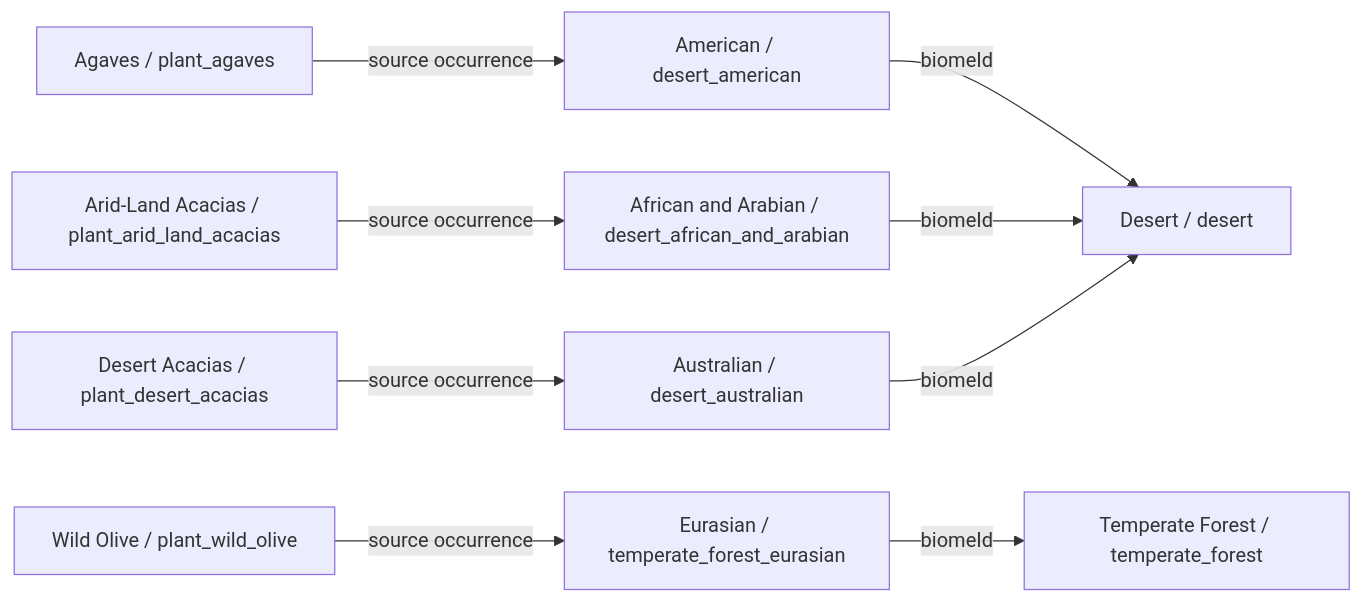
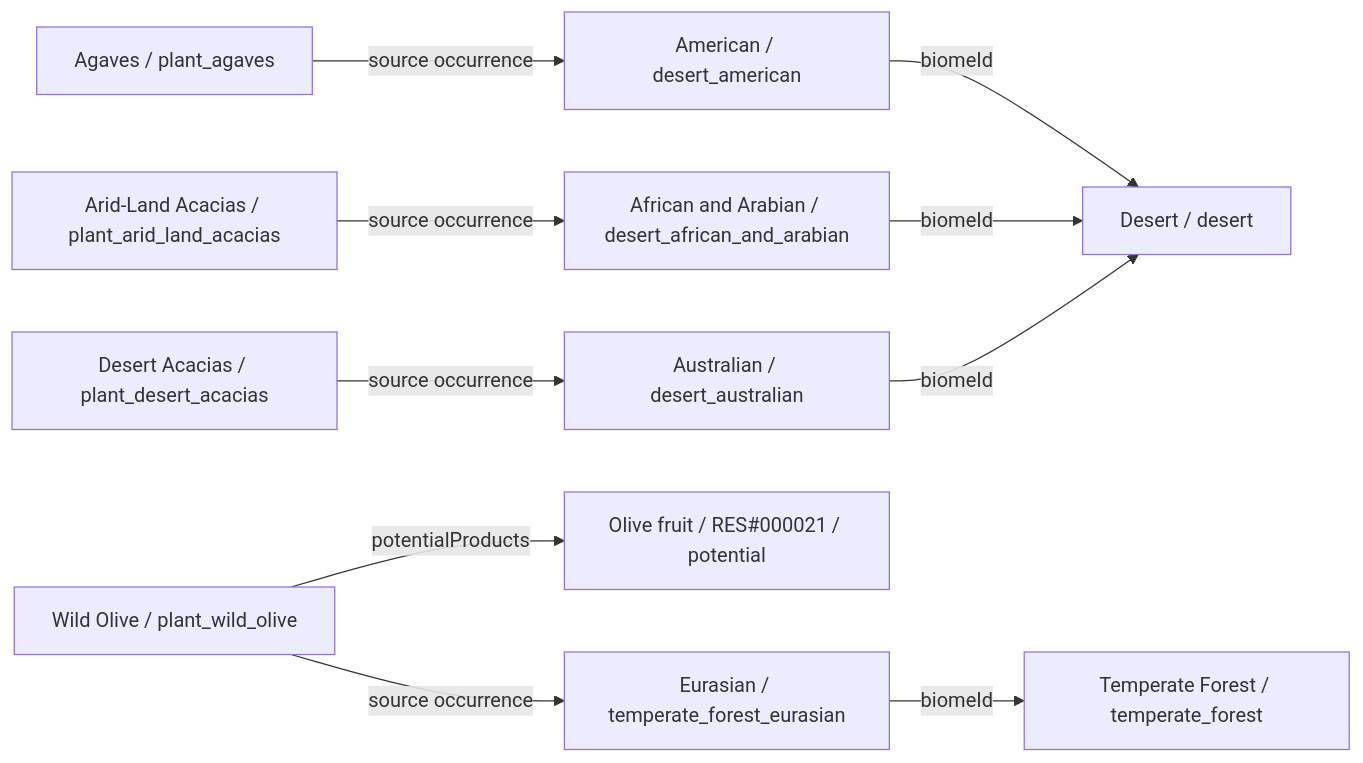
One commit to fgabo404/EvolveDoc changed the second of 39 diagrams in data/plants/DIAGRAMS.md. Above: the diagram before and after it, drawn with Mermaid. The commit also changed other lines of this file and 50 other files, not shown here.

````diff
--- a/data/plants/DIAGRAMS.md
+++ b/data/plants/DIAGRAMS.md
@@ -181,21 +181,23 @@
 ```mermaid
 flowchart LR
     c0["Desert Acacias / plant_desert_acacias"]
     v18["Australian / desert_australian"]
     b4["Desert / desert"]
     c1["Arid-Land Acacias / plant_arid_land_acacias"]
     v16["African and Arabian / desert_african_and_arabian"]
     c2["Wild Olive / plant_wild_olive"]
     v4["Eurasian / temperate_forest_eurasian"]
     b1["Temperate Forest / temperate_forest"]
+    o2_0["Olive fruit / RES#000021 / potential"]
     c3["Agaves / plant_agaves"]
     v15["American / desert_american"]
     c0 -->|source occurrence| v18
     c1 -->|source occurrence| v16
+    c2 -->|potentialProducts| o2_0
     c2 -->|source occurrence| v4
     c3 -->|source occurrence| v15
     v15 -->|biomeId| b4
     v16 -->|biomeId| b4
     v18 -->|biomeId| b4
     v4 -->|biomeId| b1
 ```
````
